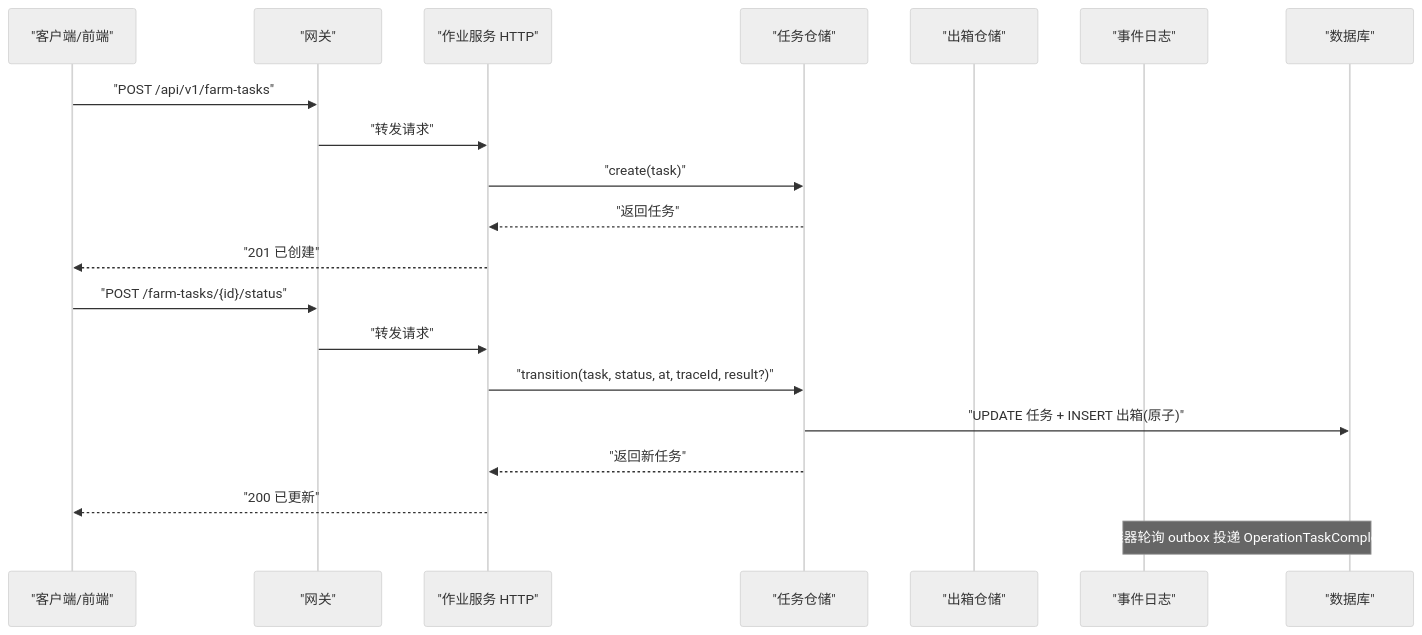
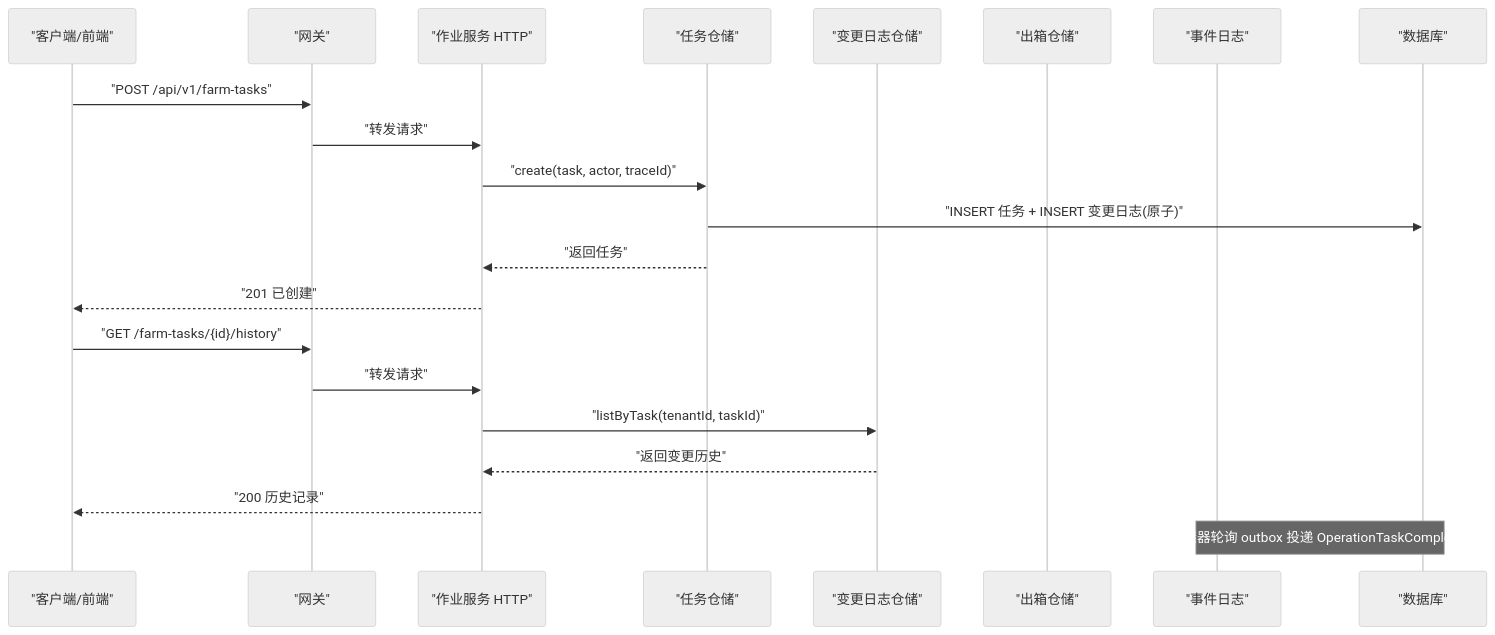
The second of 10 diagrams in .qoder/repowiki/zh/content/核心服务文档/作业服务.md (q446328246/agri-platform), drawn with Mermaid (neutral theme) before and after one commit. The commit also changed other lines of this file and 38 other files, not shown here.

````diff
--- a/.qoder/repowiki/zh/content/核心服务文档/作业服务.md
+++ b/.qoder/repowiki/zh/content/核心服务文档/作业服务.md
@@ -103,22 +112,23 @@
 ```mermaid
 sequenceDiagram
 participant Client as "客户端/前端"
 participant Gateway as "网关"
 participant Ops as "作业服务 HTTP"
 participant Repo as "任务仓储"
+participant ChangeLog as "变更日志仓储"
 participant Outbox as "出箱仓储"
 participant MQ as "事件日志"
 participant DB as "数据库"
 Client->>Gateway : "POST /api/v1/farm-tasks"
 Gateway->>Ops : "转发请求"
-Ops->>Repo : "create(task)"
+Ops->>Repo : "create(task, actor, traceId)"
+Repo->>DB : "INSERT 任务 + INSERT 变更日志(原子)"
 Repo-->>Ops : "返回任务"
 Ops-->>Client : "201 已创建"
-Client->>Gateway : "POST /farm-tasks/{id}/status"
+Client->>Gateway : "GET /farm-tasks/{id}/history"
 Gateway->>Ops : "转发请求"
-Ops->>Repo : "transition(task, status, at, traceId, result?)"
-Repo->>DB : "UPDATE 任务 + INSERT 出箱(原子)"
-Repo-->>Ops : "返回新任务"
-Ops-->>Client : "200 已更新"
+Ops->>ChangeLog : "listByTask(tenantId, taskId)"
+ChangeLog-->>Ops : "返回变更历史"
+Ops-->>Client : "200 历史记录"
 Note over MQ,DB : "中继器轮询 outbox 投递 OperationTaskCompleted"
 ```
````
